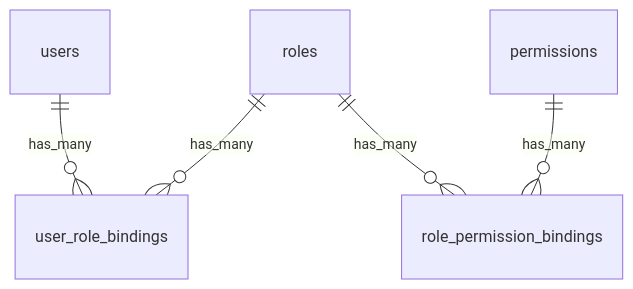
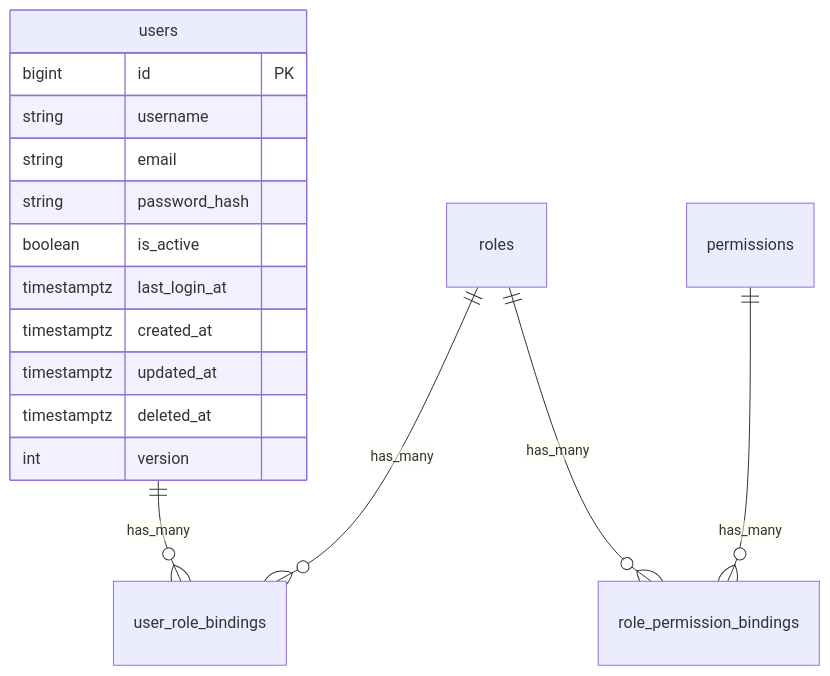
The diagram in docs/design/user-management/database-design.md (LingKim/Hify), drawn with Mermaid before and after one commit. The commit also changed other lines of this file and 60 other files, not shown here.

````diff
--- a/docs/design/user-management/database-design.md
+++ b/docs/design/user-management/database-design.md
@@ -36,7 +19,20 @@
 ```mermaid
 erDiagram
     users ||--o{ user_role_bindings : has_many
     roles ||--o{ user_role_bindings : has_many
     roles ||--o{ role_permission_bindings : has_many
     permissions ||--o{ role_permission_bindings : has_many
+
+    users {
+        bigint id PK
+        string username
+        string email
+        string password_hash
+        boolean is_active
+        timestamptz last_login_at
+        timestamptz created_at
+        timestamptz updated_at
+        timestamptz deleted_at
+        int version
+    }
 ```
````
